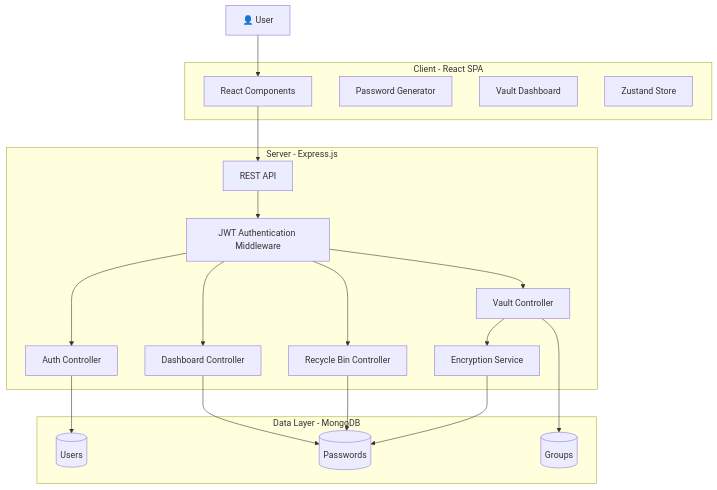
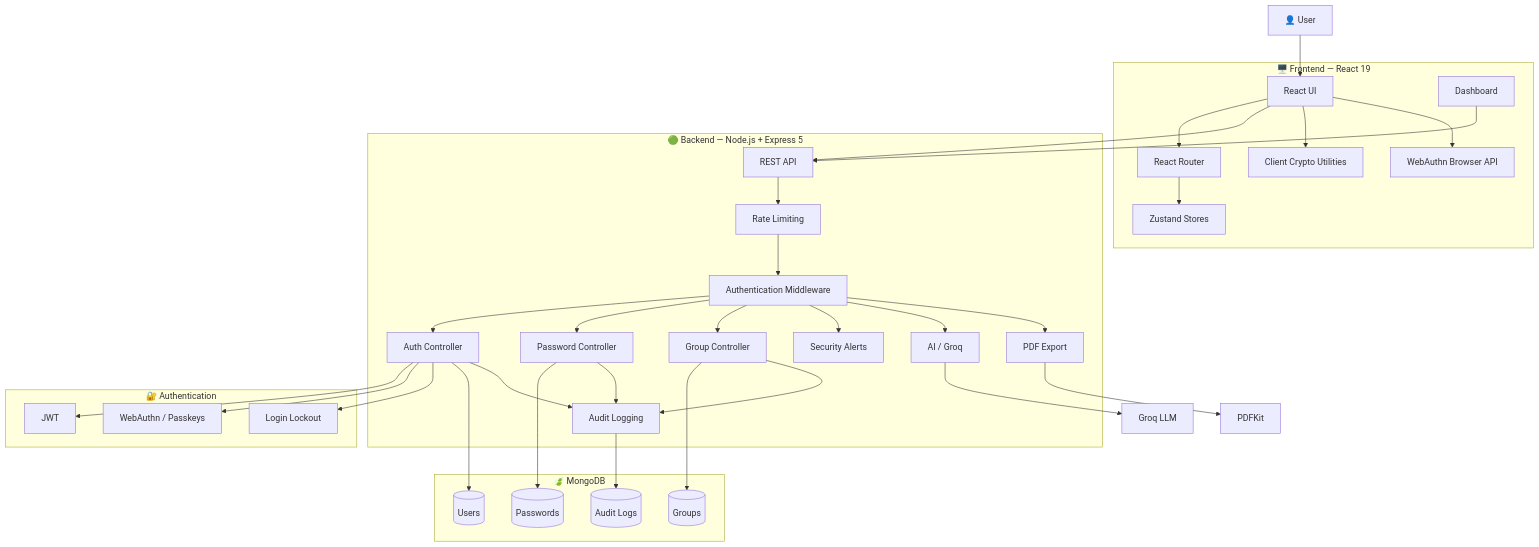
The first of 9 diagrams in README.md (sanchit037nit/random-pass), drawn with Mermaid before and after one commit. The commit also changed other lines of this file, not shown here.

````diff
--- a/README.md
+++ b/README.md
@@ -248,49 +565,78 @@
 ```mermaid
 flowchart TB
 
-    USER[👤 User]
+    USER["👤 User"]
 
-    subgraph CLIENT["Client - React SPA"]
-        UI[React Components]
-        GEN[Password Generator]
-        VAULT[Vault Dashboard]
-        STORE[Zustand Store]
+    subgraph FRONTEND["🖥️ Frontend — React 19"]
+        UI["React UI"]
+        ROUTER["React Router"]
+        STORE["Zustand Stores"]
+        CRYPTO["Client Crypto Utilities"]
+        WEB_AUTHN["WebAuthn Browser API"]
+        ANALYTICS["Dashboard"]
     end
 
-    subgraph SERVER["Server - Express.js"]
-        API[REST API]
-        AUTH[JWT Authentication Middleware]
-        AC[Auth Controller]
-        VC[Vault Controller]
-        RC[Recycle Bin Controller]
-        DC[Dashboard Controller]
-        ENC[Encryption Service]
+    subgraph BACKEND["🟢 Backend — Node.js + Express 5"]
+        API["REST API"]
+        AUTH["Authentication Middleware"]
+        RATE["Rate Limiting"]
+        AUTHCTRL["Auth Controller"]
+        PASSCTRL["Password Controller"]
+        GROUPCTRL["Group Controller"]
+        AUDIT["Audit Logging"]
+        SECURITY["Security Alerts"]
+        AI["AI / Groq"]
+        EXPORT["PDF Export"]
     end
 
-    subgraph DATABASE["Data Layer - MongoDB"]
+    subgraph DATABASE["🍃 MongoDB"]
         USERS[(Users)]
         PASSWORDS[(Passwords)]
         GROUPS[(Groups)]
+        AUDITLOGS[(Audit Logs)]
+    end
+
+    subgraph AUTH_SYSTEM["🔐 Authentication"]
+        JWT["JWT"]
+        WEBAUTHN["WebAuthn / Passkeys"]
+        LOCKOUT["Login Lockout"]
     end
 
     USER --> UI
 
+    UI --> ROUTER
+    ROUTER --> STORE
+
     UI --> API
+    UI --> CRYPTO
+    UI --> WEB_AUTHN
 
-    API --> AUTH
+    API --> RATE
+    RATE --> AUTH
 
-    AUTH --> AC
-    AUTH --> VC
-    AUTH --> RC
-    AUTH --> DC
+    AUTH --> AUTHCTRL
+    AUTH --> PASSCTRL
+    AUTH --> GROUPCTRL
+    AUTH --> SECURITY
+    AUTH --> AI
+    AUTH --> EXPORT
 
-    AC --> USERS
+    AUTHCTRL --> JWT
+    AUTHCTRL --> WEBAUTHN
+    AUTHCTRL --> LOCKOUT
 
-    VC --> ENC
-    ENC --> PASSWORDS
+    AUTHCTRL --> USERS
+    PASSCTRL --> PASSWORDS
+    GROUPCTRL --> GROUPS
 
-    VC --> GROUPS
+    AUTHCTRL --> AUDIT
+    PASSCTRL --> AUDIT
+    GROUPCTRL --> AUDIT
 
-    RC --> PASSWORDS
-    DC --> PASSWORDS
+    AUDIT --> AUDITLOGS
+
+    AI --> GROQ["Groq LLM"]
+    EXPORT --> PDF["PDFKit"]
+
+    ANALYTICS --> API
 ```
````
